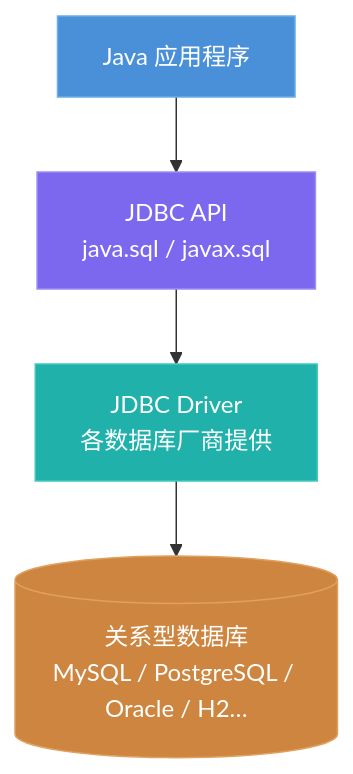
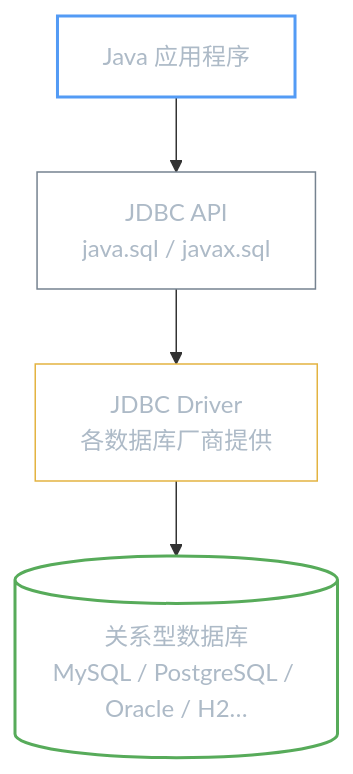
Before and after one commit to luguosong/programming-notes: the diagram in docs/java/database/jdbc/index.md, drawn with Mermaid. The commit also changed other lines of this file and 21 other files, not shown here.

````diff
--- a/docs/java/database/jdbc/index.md
+++ b/docs/java/database/jdbc/index.md
@@ -13,11 +11,15 @@
 ``` mermaid
 graph TB
     A[Java 应用程序] --> B[JDBC API\njava.sql / javax.sql]
     B --> C[JDBC Driver\n各数据库厂商提供]
     C --> D[(关系型数据库\nMySQL / PostgreSQL / Oracle / H2…)]
 
-    style A fill:#4A90D9,stroke:#6aaee8,color:#fff
-    style B fill:#7B68EE,stroke:#9b8ef5,color:#fff
-    style C fill:#20B2AA,stroke:#40c8c0,color:#fff
-    style D fill:#CD853F,stroke:#e0a060,color:#fff
+    classDef app fill:transparent,stroke:#539bf5,color:#adbac7,stroke-width:2px
+    classDef api fill:transparent,stroke:#768390,color:#adbac7,stroke-width:1px
+    classDef driver fill:transparent,stroke:#e3b341,color:#adbac7,stroke-width:1px
+    classDef db fill:transparent,stroke:#57ab5a,color:#adbac7,stroke-width:2px
+    class A app
+    class B api
+    class C driver
+    class D db
 ```
````
